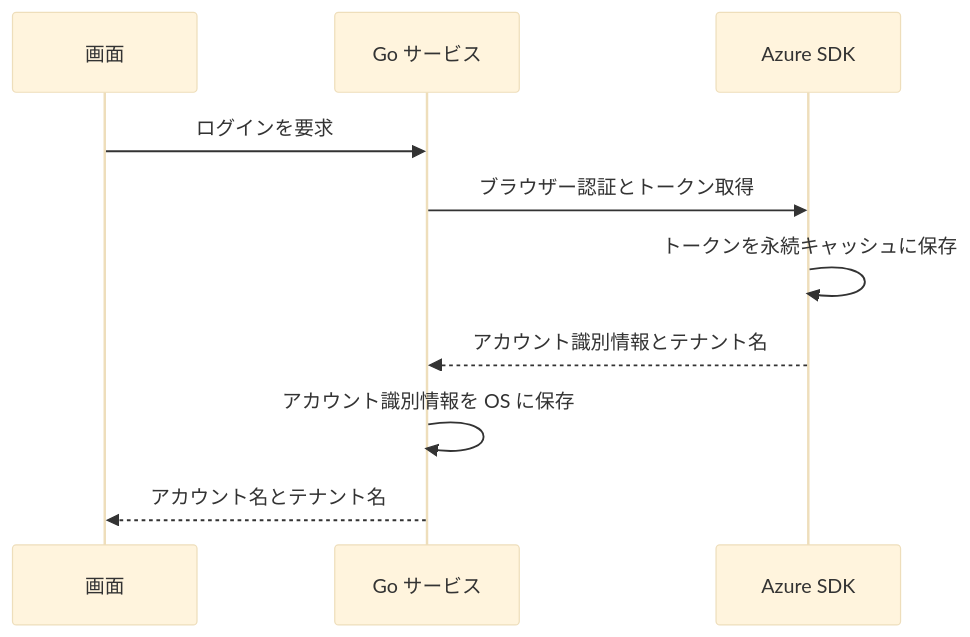
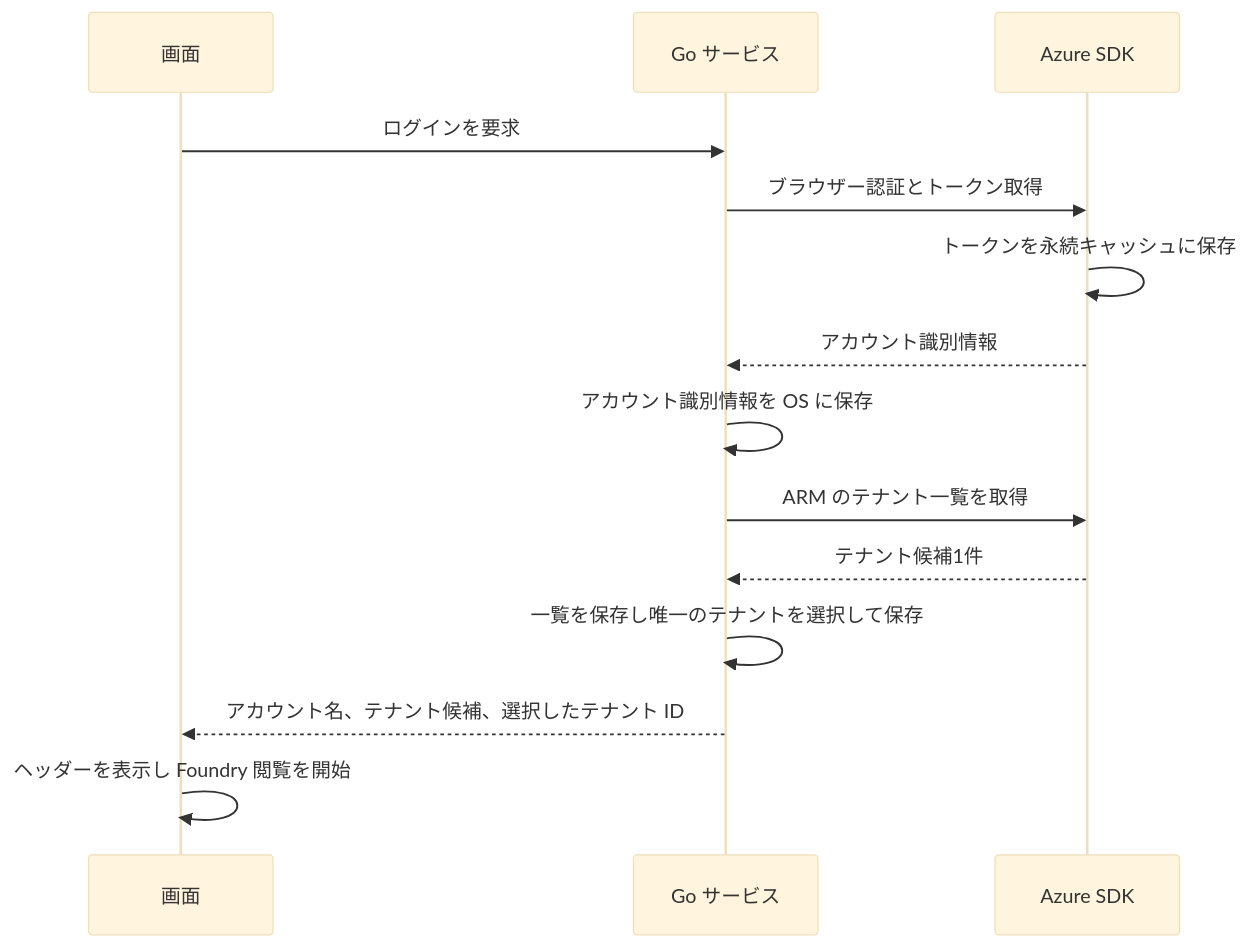
One commit to nuitsjp/azfoundry-deck changed the first of 4 diagrams in docs/design/UCP-1.md. Above: the diagram before and after it, drawn with Mermaid (base theme). The commit also changed other lines of this file and 34 other files, not shown here.

````diff
--- a/docs/design/UCP-1.md
+++ b/docs/design/UCP-1.md
@@ -16,12 +23,16 @@
 ```mermaid
 sequenceDiagram
   participant U as 画面
   participant S as Go サービス
   participant K as Azure SDK
   U->>S: ログインを要求
   S->>K: ブラウザー認証とトークン取得
   K->>K: トークンを永続キャッシュに保存
-  K-->>S: アカウント識別情報とテナント名
+  K-->>S: アカウント識別情報
   S->>S: アカウント識別情報を OS に保存
-  S-->>U: アカウント名とテナント名
+  S->>K: ARM のテナント一覧を取得
+  K-->>S: テナント候補1件
+  S->>S: 一覧を保存し唯一のテナントを選択して保存
+  S-->>U: アカウント名、テナント候補、選択したテナント ID
+  U->>U: ヘッダーを表示し Foundry 閲覧を開始
 ```
````
